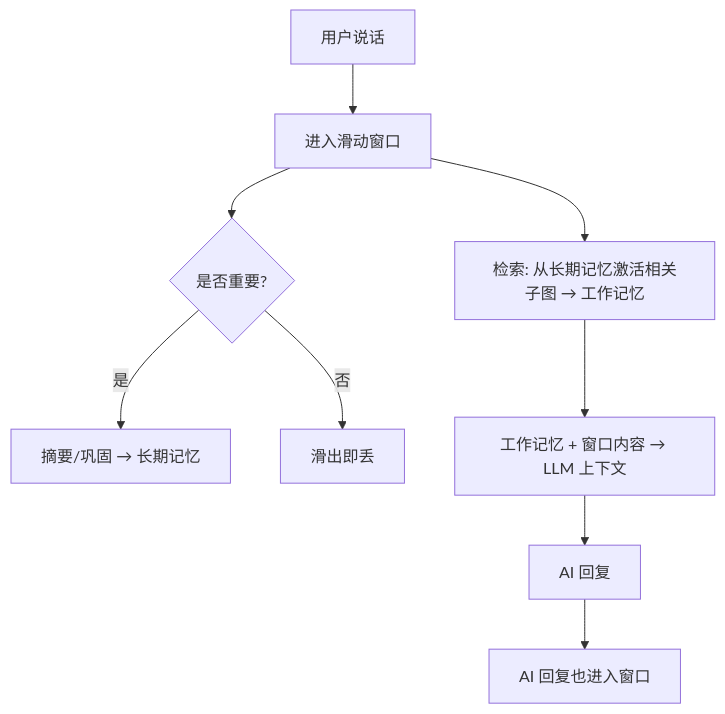
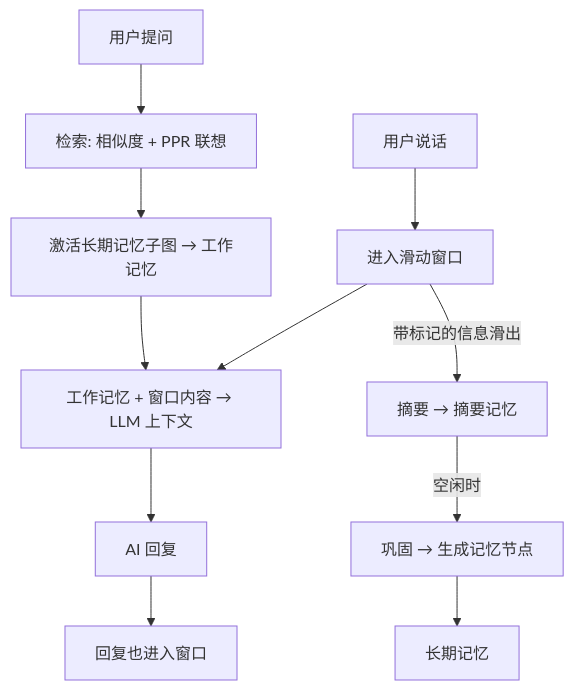
Before and after one commit to dynamder/Soulmem: the second of 2 diagrams in book/src/concepts/memory-layers.md, drawn with Mermaid. The commit also changed other lines of this file and 7 other files, not shown here.

````diff
--- a/book/src/concepts/memory-layers.md
+++ b/book/src/concepts/memory-layers.md
@@ -40,11 +73,13 @@
 ```mermaid
 graph TB
     U[用户说话] --> W[进入滑动窗口]
-    W --> Q{是否重要?}
-    Q -->|是| C[摘要/巩固 → 长期记忆]
-    Q -->|否| D[滑出即丢]
-    W --> R[检索: 从长期记忆激活相关子图 → 工作记忆]
-    R --> P[工作记忆 + 窗口内容 → LLM 上下文]
-    P --> A[AI 回复]
-    A --> W2[AI 回复也进入窗口]
+    W -->|带标记的信息滑出| S[摘要 → 摘要记忆]
+    S -->|空闲时| C[巩固 → 生成记忆节点]
+    C --> L[长期记忆]
+    Q[用户提问] --> R[检索: 相似度 + PPR 联想]
+    R --> A[激活长期记忆子图 → 工作记忆]
+    A --> CTX[工作记忆 + 窗口内容 → LLM 上下文]
+    W --> CTX
+    CTX --> AI[AI 回复]
+    AI --> W2[回复也进入窗口]
 ```
````
